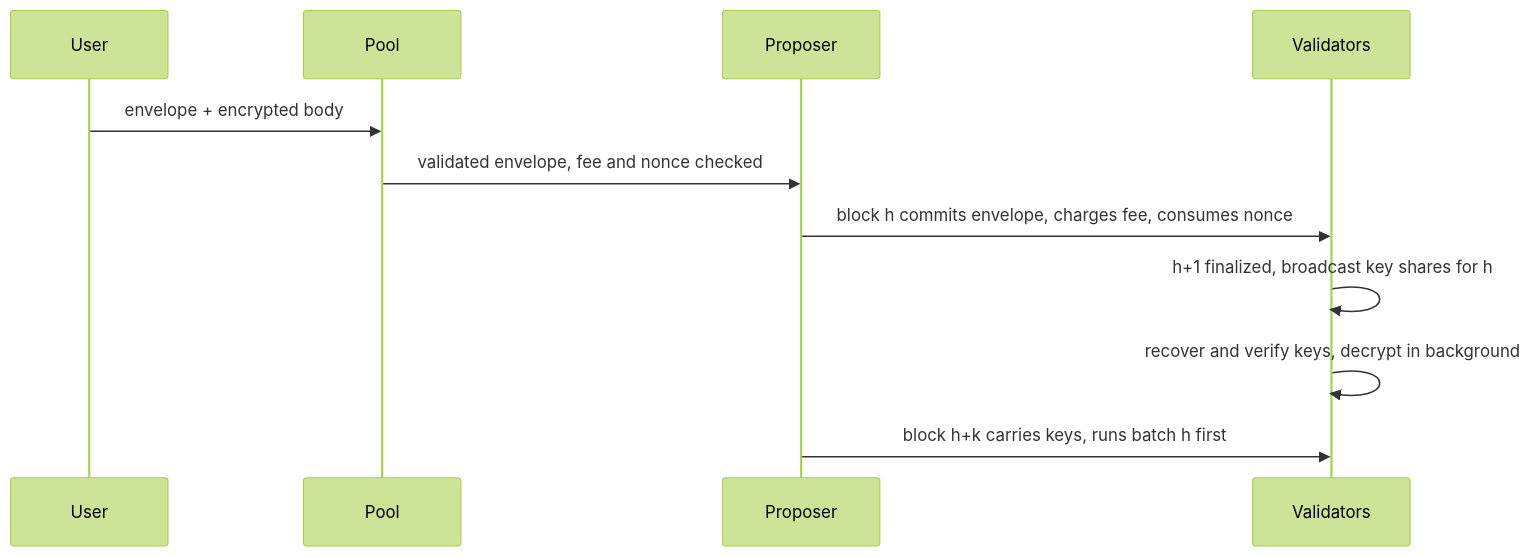
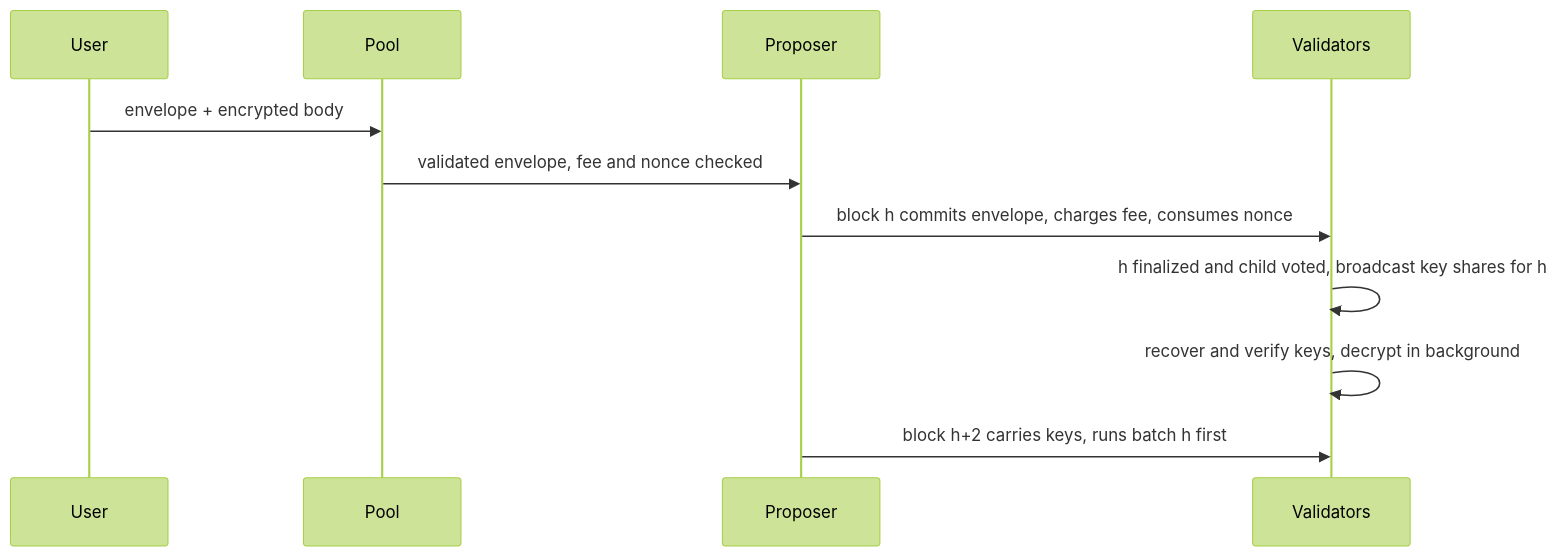
One commit to tempoxyz/tempo changed the diagram in tips/tip-1162.md. Above: the diagram before and after it, drawn with Mermaid (forest theme). The commit also changed other lines of this file, not shown here.

Commit message:
docs(tip-1162): fix batch execution to a block set by views

````diff
--- a/tips/tip-1162.md
+++ b/tips/tip-1162.md
@@ -44,13 +44,13 @@
 ```mermaid
 sequenceDiagram
     participant User
     participant Pool
     participant Proposer
     participant Validators
     User->>Pool: envelope + encrypted body
     Pool->>Proposer: validated envelope, fee and nonce checked
     Proposer->>Validators: block h commits envelope, charges fee, consumes nonce
-    Validators->>Validators: h+1 finalized, broadcast key shares for h
+    Validators->>Validators: h finalized and child voted, broadcast key shares for h
     Validators->>Validators: recover and verify keys, decrypt in background
-    Proposer->>Validators: block h+k carries keys, runs batch h first
+    Proposer->>Validators: block h+2 carries keys, runs batch h first
 ```
````
